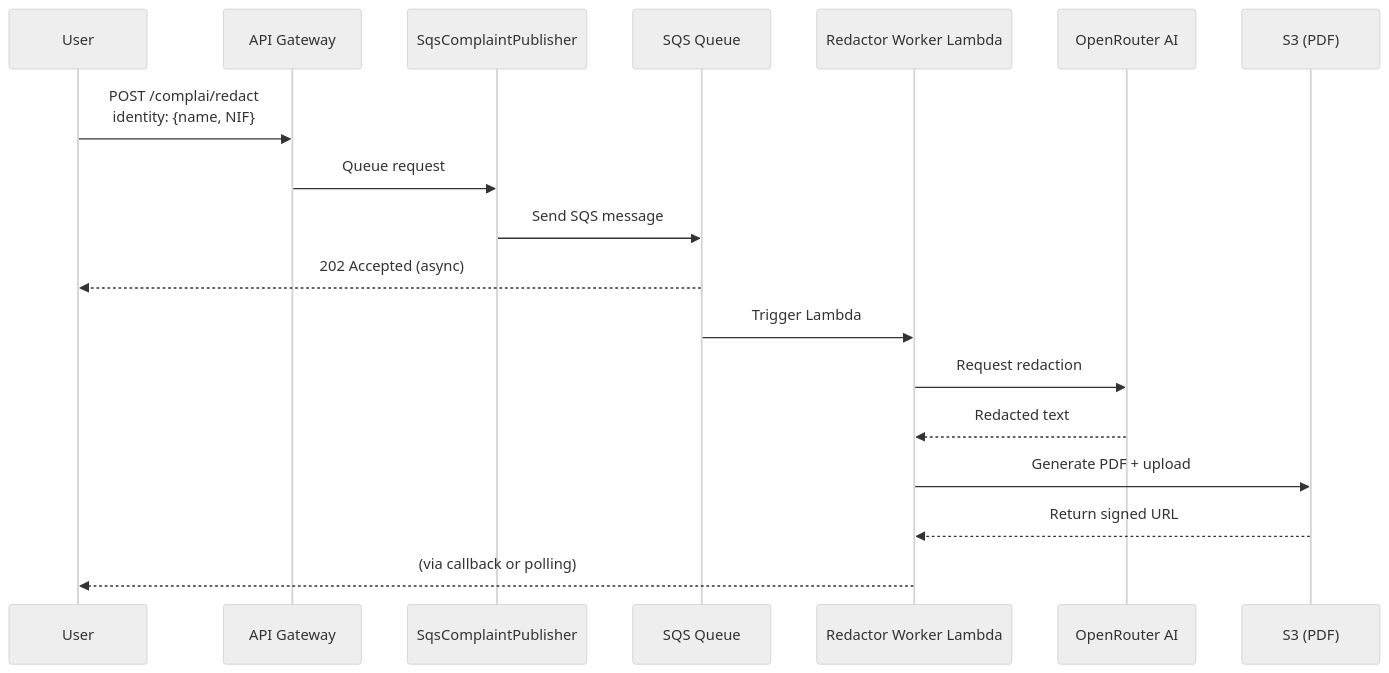
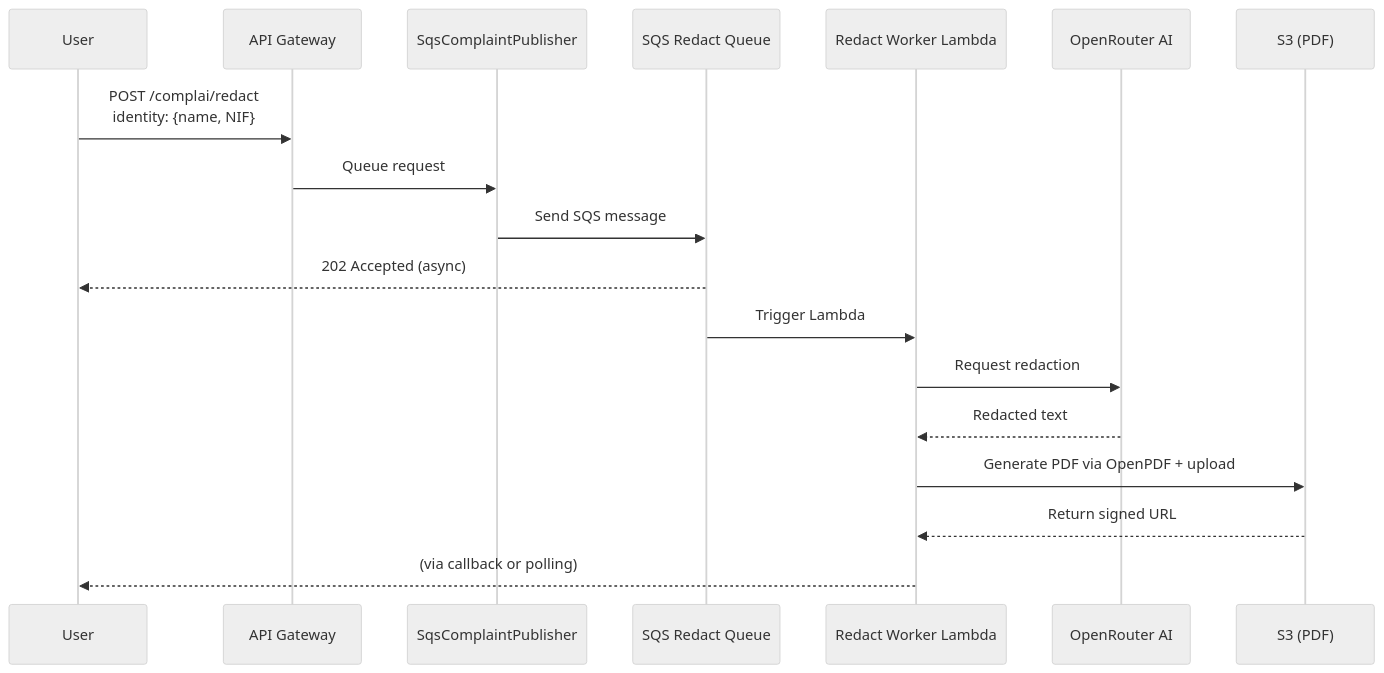
The third of 5 diagrams in README.md (raultorres2603/ComplAI), drawn with Mermaid (neutral theme) before and after one commit. The commit also changed other lines of this file and 1 other file, not shown here.

````diff
--- a/README.md
+++ b/README.md
@@ -190,21 +197,21 @@
 ```mermaid
 sequenceDiagram
     participant U as User
     participant C as API Gateway
     participant P as SqsComplaintPublisher
-    participant Q as SQS Queue
-    participant W as Redactor Worker Lambda
+    participant Q as SQS Redact Queue
+    participant W as Redact Worker Lambda
     participant O as OpenRouter AI
     participant B as S3 (PDF)
 
     U->>C: POST /complai/redact<br/>identity: {name, NIF}
     C->>P: Queue request
     P->>Q: Send SQS message
     Q-->>U: 202 Accepted (async)
     Q->>W: Trigger Lambda
     W->>O: Request redaction
     O-->>W: Redacted text
-    W->>B: Generate PDF + upload
+    W->>B: Generate PDF via OpenPDF + upload
     B-->>W: Return signed URL
     W-->>U: (via callback or polling)
 ```
````
